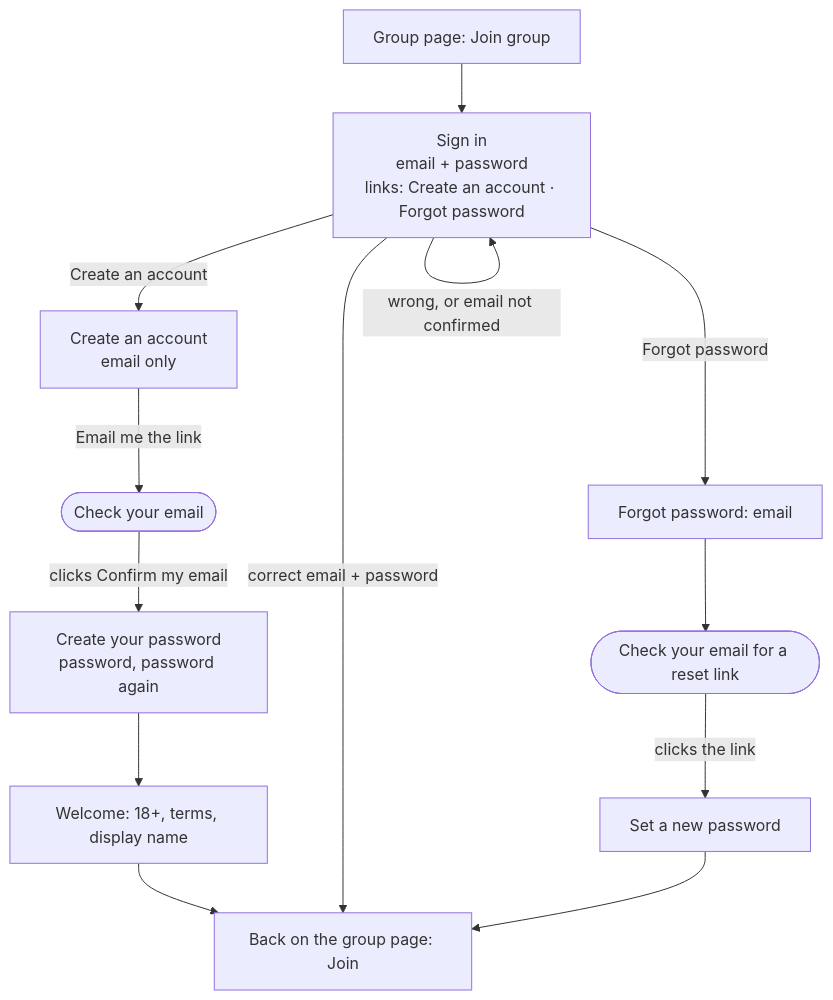
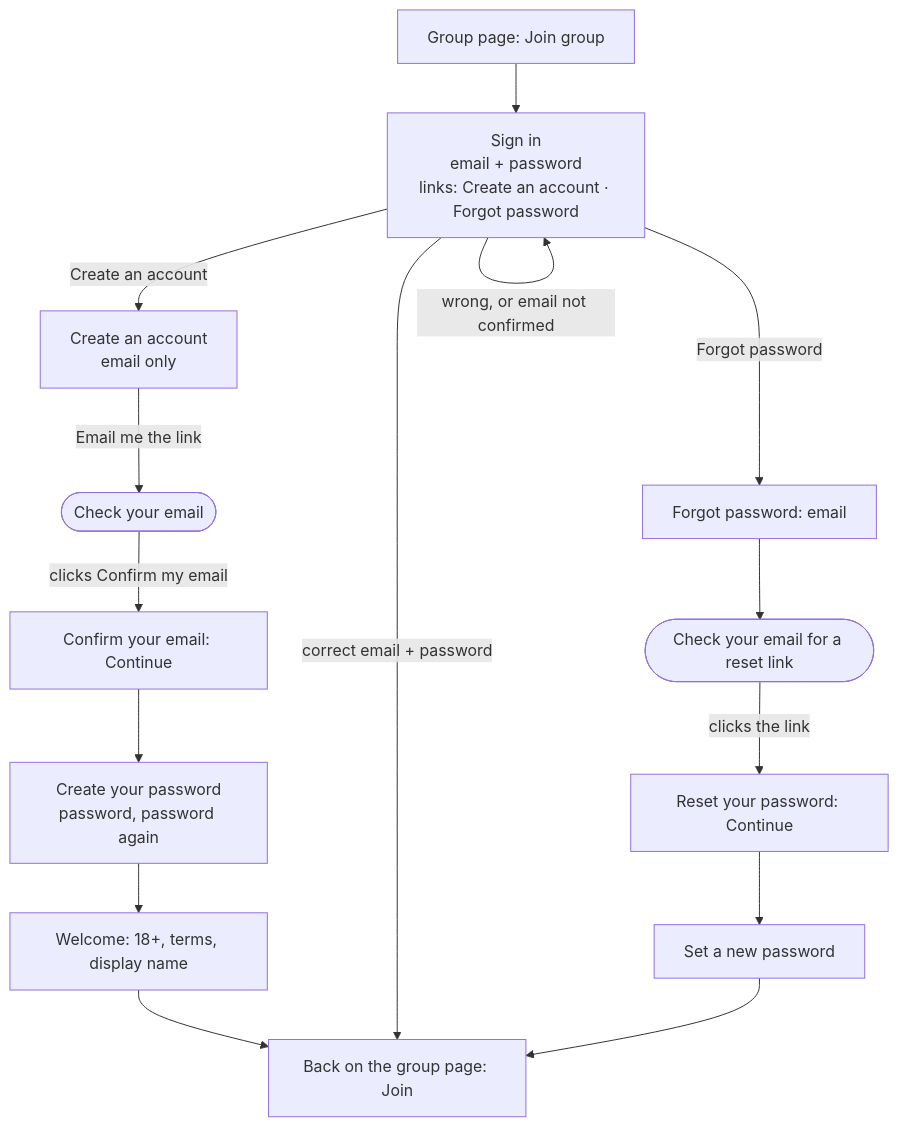
Before and after one commit to sarahrittertech-commits/outdoorscommunityapp: diagram 29 of 32 in docs/user-flows.md, drawn with Mermaid. The commit also changed other lines of this file and 18 other files, not shown here.

````diff
--- a/docs/user-flows.md
+++ b/docs/user-flows.md
@@ -413,15 +415,17 @@
 ```mermaid
 flowchart TD
   join["Group page: Join group"] --> signin["Sign in<br/>email + password<br/>links: Create an account · Forgot password"]
   signin -->|Create an account| signup["Create an account<br/>email only"]
   signup -->|Email me the link| check(["Check your email"])
-  check -->|clicks Confirm my email| create["Create your password<br/>password, password again"]
+  check -->|clicks Confirm my email| cont1["Confirm your email: Continue"]
+  cont1 --> create["Create your password<br/>password, password again"]
   create --> welcome["Welcome: 18+, terms, display name"]
   welcome --> back["Back on the group page: Join"]
   signin -->|correct email + password| back
   signin -->|wrong, or email not confirmed| signin
   signin -->|Forgot password| forgot["Forgot password: email"]
   forgot --> resetmail(["Check your email for a reset link"])
-  resetmail -->|clicks the link| newpw["Set a new password"]
+  resetmail -->|clicks the link| cont2["Reset your password: Continue"]
+  cont2 --> newpw["Set a new password"]
   newpw --> back
 ```
````
